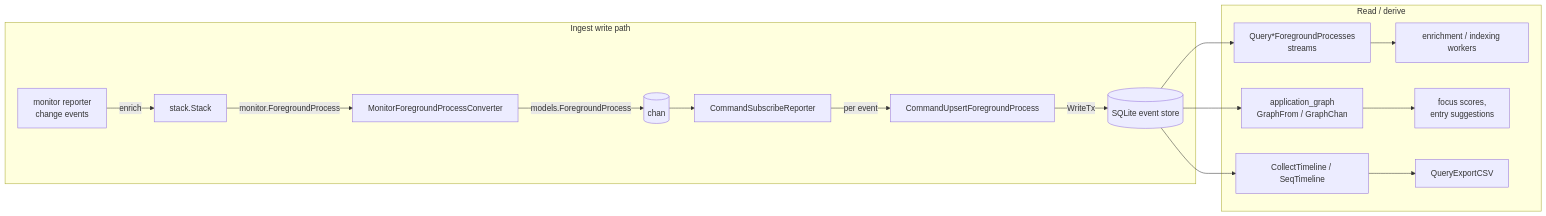
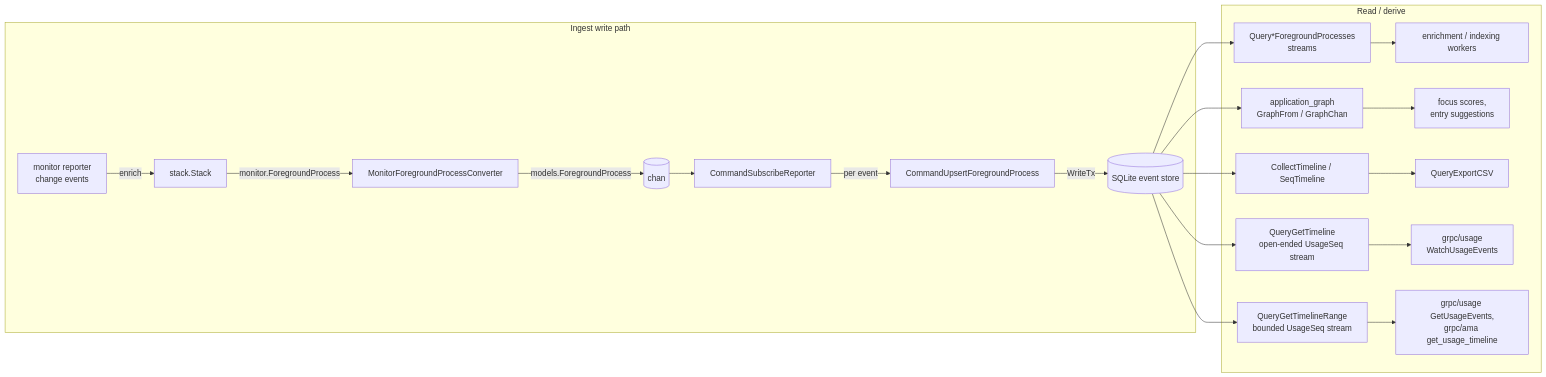
The first of 2 diagrams in sidecar/components/timeline/README.md (skulpturenz/timeboxxing), drawn with Mermaid before and after one commit. The commit also changed other lines of this file and 104 other files, not shown here.

Commit message:
refactor(sidecar)!: remove usage and transition components, add application component, remove usage ama tools which will be replaced by the new stuff from graph later, refactor tests for application_graph, handle many application categories

````diff
--- a/sidecar/components/timeline/README.md
+++ b/sidecar/components/timeline/README.md
@@ -32,16 +44,18 @@
 ```mermaid
 flowchart LR
     subgraph ingest [Ingest write path]
         R[monitor reporter<br/>change events] -->|enrich| E[stack.Stack]
         E -->|monitor.ForegroundProcess| CV[MonitorForegroundProcessConverter]
         CV -->|models.ForegroundProcess| CH[(chan)]
         CH --> SR[CommandSubscribeReporter]
         SR -->|per event| UP[CommandUpsertForegroundProcess]
         UP -->|WriteTx| DB[(SQLite event store)]
     end
     subgraph derive [Read / derive]
         DB --> UN[Query*ForegroundProcesses<br/>streams] --> W[enrichment / indexing workers]
         DB --> AG[application_graph<br/>GraphFrom / GraphChan] --> M[focus scores,<br/>entry suggestions]
         DB --> CT[CollectTimeline / SeqTimeline] --> CSV[QueryExportCSV]
+        DB --> GT[QueryGetTimeline<br/>open-ended UsageSeq stream] --> WU[grpc/usage<br/>WatchUsageEvents]
+        DB --> GR[QueryGetTimelineRange<br/>bounded UsageSeq stream] --> RU[grpc/usage GetUsageEvents,<br/>grpc/ama get_usage_timeline]
     end
 ```
````
